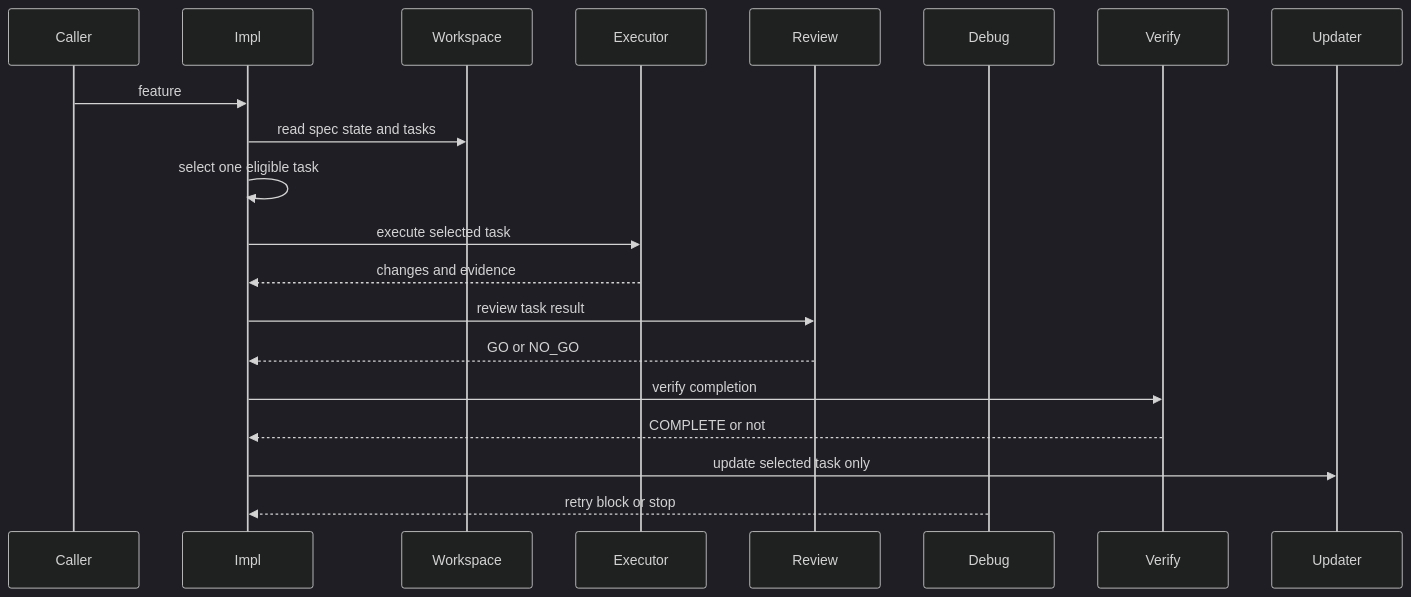
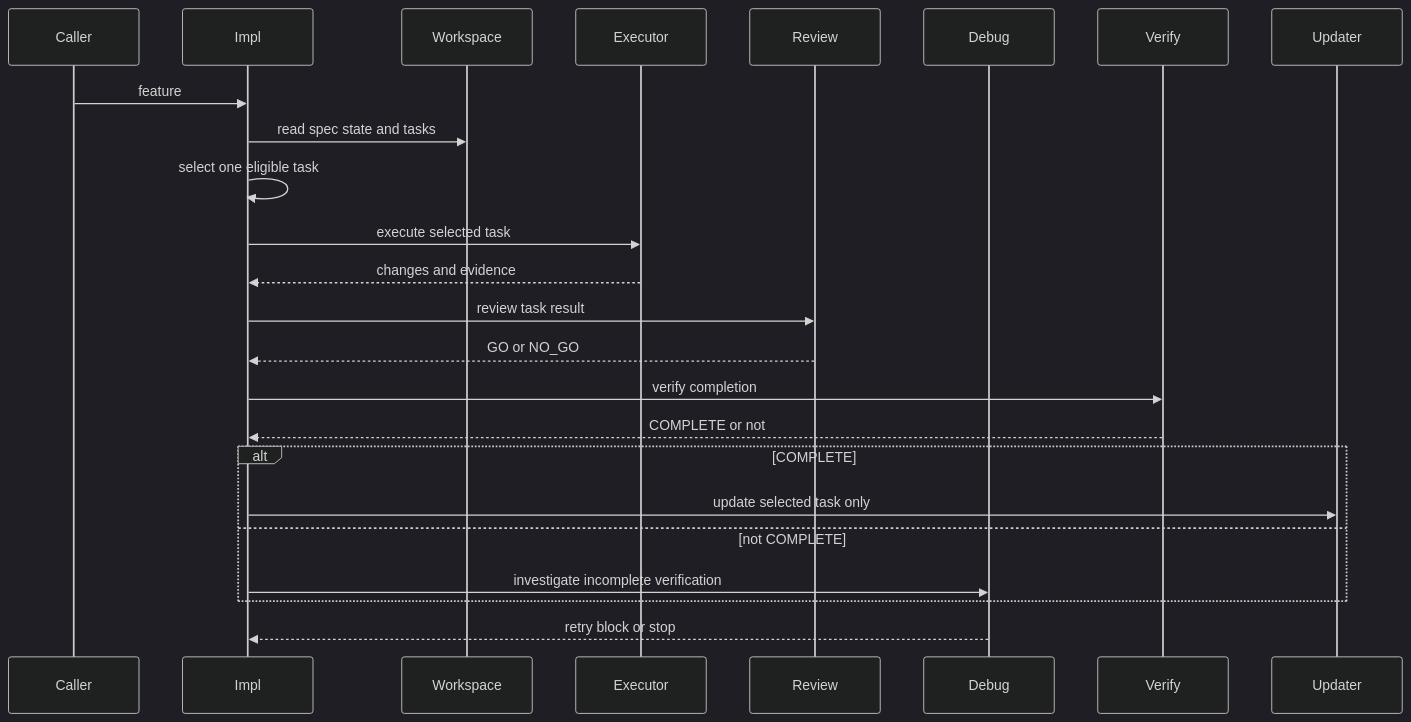
One commit to j5ik2o/takt-sdd changed the second of 3 diagrams in .kiro/specs/kiro-iterative-implementation-workflow/design.md. Above: the diagram before and after it, drawn with Mermaid (dark theme). The commit also changed 3 other files, not shown here.

````diff
--- a/.kiro/specs/kiro-iterative-implementation-workflow/design.md
+++ b/.kiro/specs/kiro-iterative-implementation-workflow/design.md
@@ -195,22 +195,26 @@
 ```mermaid
 sequenceDiagram
     participant Caller
     participant Impl
     participant Workspace
     participant Executor
     participant Review
     participant Debug
     participant Verify
     participant Updater
     Caller->>Impl: feature
     Impl->>Workspace: read spec state and tasks
     Impl->>Impl: select one eligible task
     Impl->>Executor: execute selected task
     Executor-->>Impl: changes and evidence
     Impl->>Review: review task result
     Review-->>Impl: GO or NO_GO
     Impl->>Verify: verify completion
     Verify-->>Impl: COMPLETE or not
-    Impl->>Updater: update selected task only
+    alt COMPLETE
+        Impl->>Updater: update selected task only
+    else not COMPLETE
+        Impl->>Debug: investigate incomplete verification
+    end
     Debug-->>Impl: retry block or stop
 ```
````
